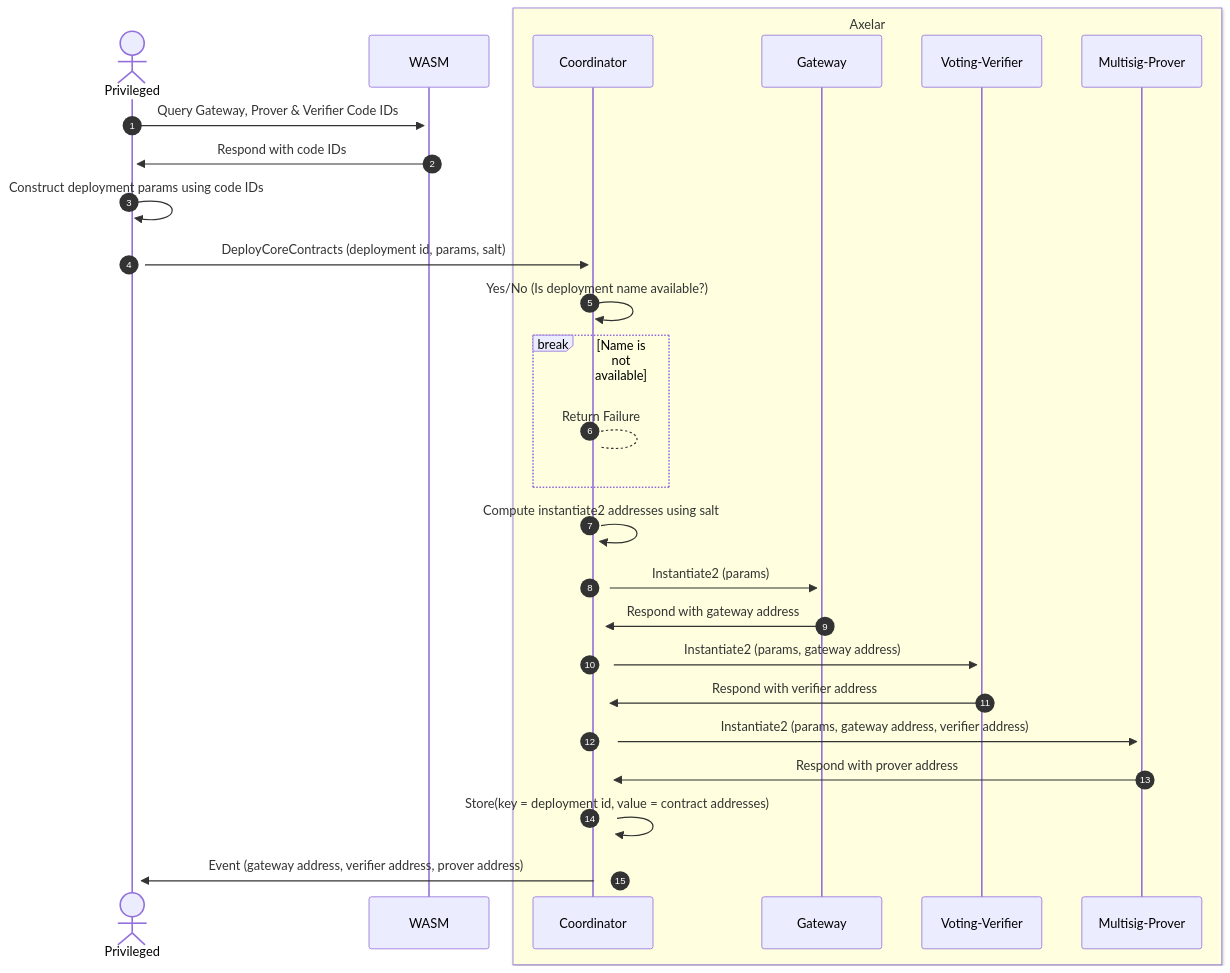
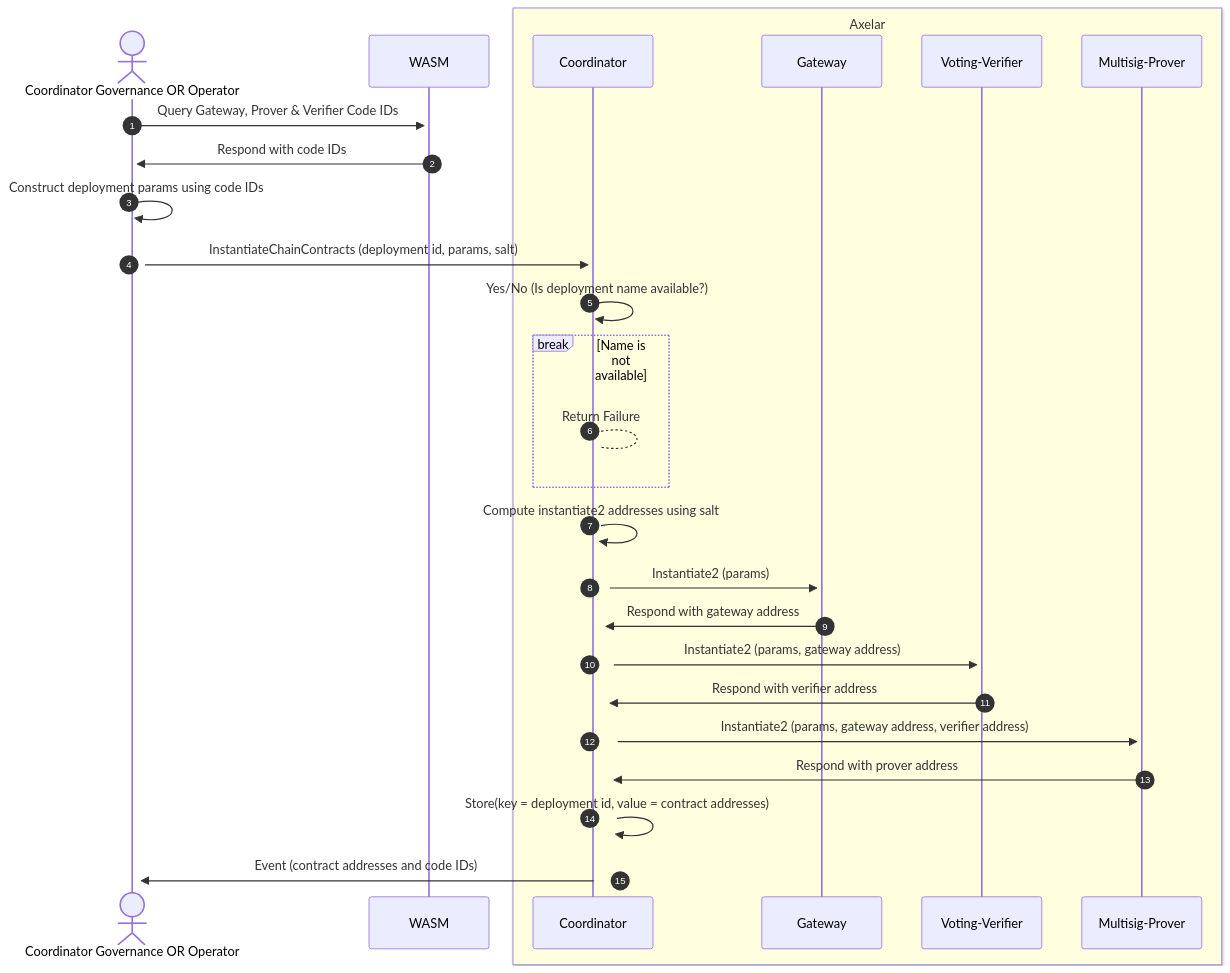
Before and after one commit to axelarnetwork/arcs: the third of 4 diagrams in ARCs/ARC-8.md, drawn with Mermaid. The commit also changed other lines of this file, not shown here.

Commit message:
add register deployment details to arc-8

````diff
--- a/ARCs/ARC-8.md
+++ b/ARCs/ARC-8.md
@@ -69,30 +104,30 @@
 ```mermaid
 sequenceDiagram
 autonumber
-actor Privileged
+actor Coordinator Governance OR Operator
 participant WASM
 box LightYellow Axelar
 participant Coordinator
 participant Gateway
 participant Voting-Verifier
 participant Multisig-Prover
 end
 
-Privileged->>+WASM: Query Gateway, Prover & Verifier Code IDs
-WASM->>+Privileged: Respond with code IDs
-Privileged->>+Privileged: Construct deployment params using code IDs
-Privileged->>+Coordinator: DeployCoreContracts (deployment id, params, salt)
+Coordinator Governance OR Operator->>+WASM: Query Gateway, Prover & Verifier Code IDs
+WASM->>+Coordinator Governance OR Operator: Respond with code IDs
+Coordinator Governance OR Operator->>+Coordinator Governance OR Operator: Construct deployment params using code IDs
+Coordinator Governance OR Operator->>+Coordinator: InstantiateChainContracts (deployment id, params, salt)
 Coordinator->>+Coordinator: Yes/No (Is deployment name available?)
 break Name is not available
  Coordinator-->Coordinator: Return Failure
 end
 Coordinator->>+Coordinator: Compute instantiate2 addresses using salt
 Coordinator->>+Gateway: Instantiate2 (params)
 Gateway->>+Coordinator: Respond with gateway address
 Coordinator->>+Voting-Verifier: Instantiate2 (params, gateway address)
 Voting-Verifier->>+Coordinator: Respond with verifier address
 Coordinator->>+Multisig-Prover: Instantiate2 (params, gateway address, verifier address)
 Multisig-Prover->>+Coordinator: Respond with prover address
 Coordinator->>+Coordinator: Store(key = deployment id, value = contract addresses)
-Coordinator->>+Privileged: Event (gateway address, verifier address, prover address)
+Coordinator->>+Coordinator Governance OR Operator: Event (contract addresses and code IDs)
 ```
````
